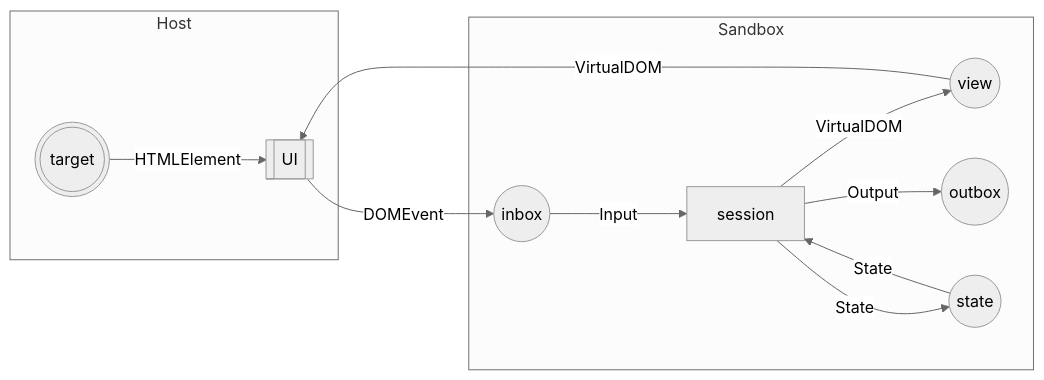
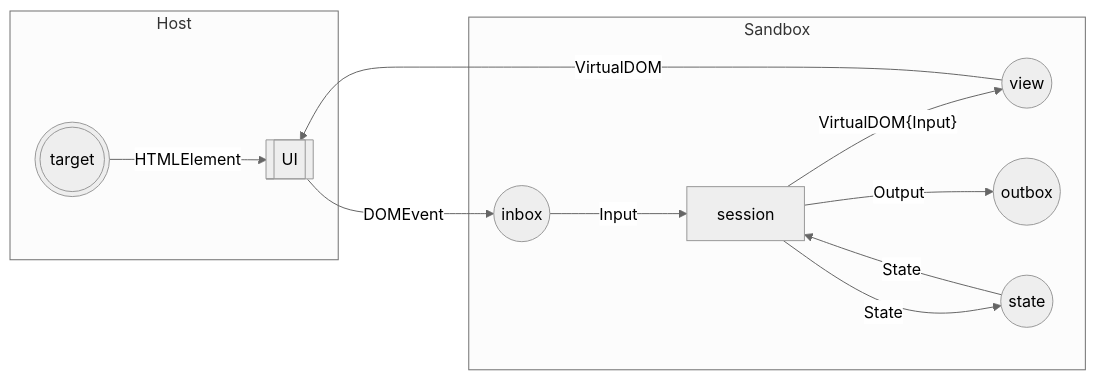
The diagram in journals/2024_06_14.md (Gozala/workspace), drawn with Mermaid (neutral theme) before and after one commit.

Commit message:
Auto saved by Logseq

````diff
--- a/journals/2024_06_14.md
+++ b/journals/2024_06_14.md
@@ -7,23 +7,23 @@
   ```mermaid
   flowchart LR
   target(((target)))
   view((view))
   inbox((inbox))
   outbox((outbox))
   state((state))
   UI[[UI]]
   app[session]
   
   subgraph Host
   target -- HTMLElement --> UI
   end
   subgraph Sandbox
   view -- VirtualDOM --> UI
   UI -- DOMEvent --> inbox 
   inbox -- Input --> app
-  app -- VirtualDOM --> view
+  app -- VirtualDOM{Input} --> view
   app -- State --> state
   state -- State --> app
   app -- Output --> outbox
   end
   ```
````
